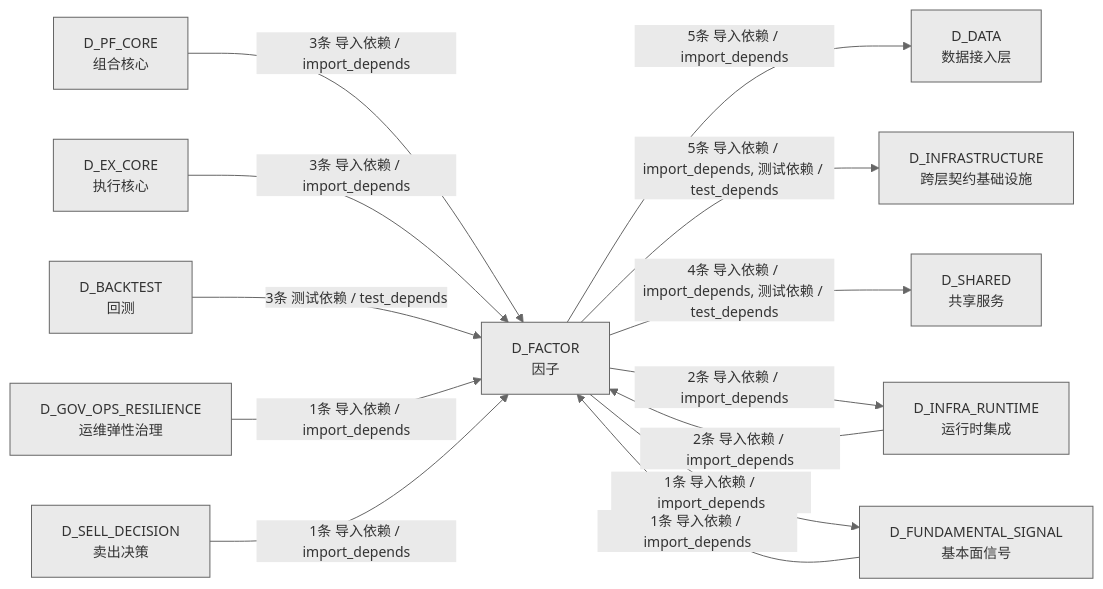
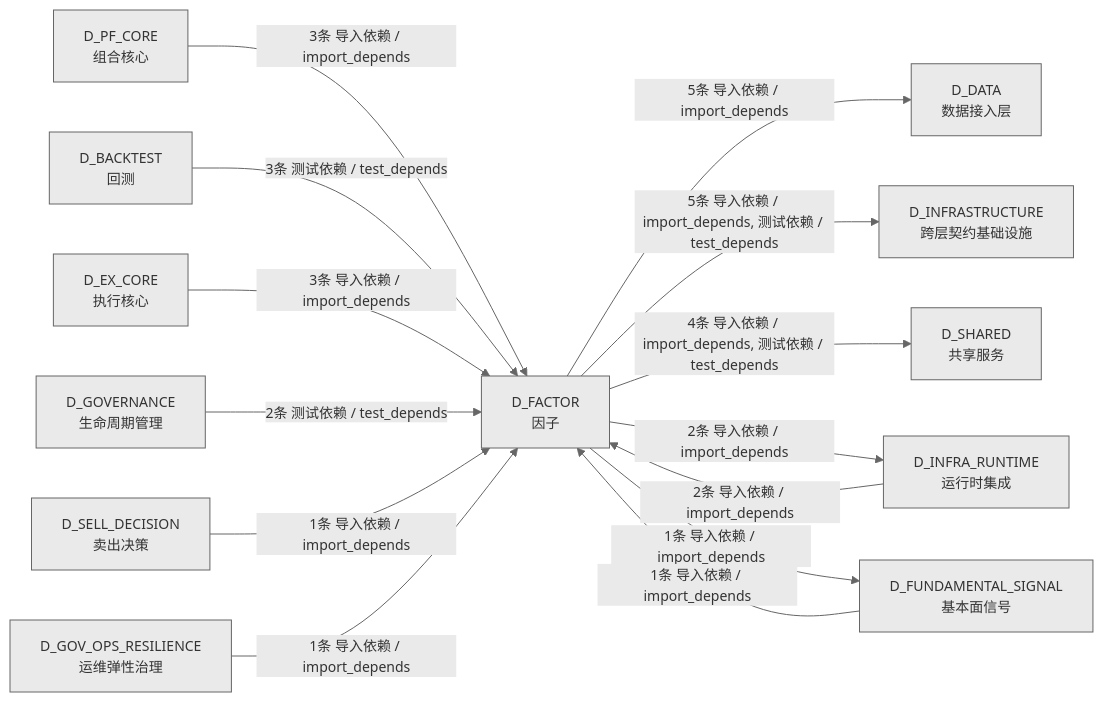
One commit to xuanFelixVan/ZephyrAlpha changed the fourth of 4 diagrams in docs/02_enterprise_architecture/02_domain_architecture_docs/46_d_factor.md. Above: the diagram before and after it, drawn with Mermaid. The commit also changed other lines of this file and 45 other files, not shown here.

````diff
--- a/docs/02_enterprise_architecture/02_domain_architecture_docs/46_d_factor.md
+++ b/docs/02_enterprise_architecture/02_domain_architecture_docs/46_d_factor.md
@@ -559,27 +575,29 @@
 ```mermaid
 %%{init: {'theme': 'base', 'themeVariables': {'primaryColor': '#eaeaea', 'primaryTextColor': '#333333', 'primaryBorderColor': '#666666', 'lineColor': '#666666', 'secondaryColor': '#eaeaea', 'tertiaryColor': '#eaeaea', 'fontSize': '14px'}}}%%
 graph LR
     D_FACTOR["D_FACTOR<br/>因子"]
     D_DATA["D_DATA<br/>数据接入层"]
     D_INFRASTRUCTURE["D_INFRASTRUCTURE<br/>跨层契约基础设施"]
     D_SHARED["D_SHARED<br/>共享服务"]
     D_INFRA_RUNTIME["D_INFRA_RUNTIME<br/>运行时集成"]
     D_FUNDAMENTAL_SIGNAL["D_FUNDAMENTAL_SIGNAL<br/>基本面信号"]
     D_PF_CORE["D_PF_CORE<br/>组合核心"]
+    D_BACKTEST["D_BACKTEST<br/>回测"]
     D_EX_CORE["D_EX_CORE<br/>执行核心"]
-    D_BACKTEST["D_BACKTEST<br/>回测"]
+    D_GOVERNANCE["D_GOVERNANCE<br/>生命周期管理"]
+    D_SELL_DECISION["D_SELL_DECISION<br/>卖出决策"]
     D_GOV_OPS_RESILIENCE["D_GOV_OPS_RESILIENCE<br/>运维弹性治理"]
-    D_SELL_DECISION["D_SELL_DECISION<br/>卖出决策"]
     D_FACTOR -->|5条 导入依赖 / import_depends| D_DATA
     D_FACTOR -->|5条 导入依赖 / import_depends, 测试依赖 / test_depends| D_INFRASTRUCTURE
     D_FACTOR -->|4条 导入依赖 / import_depends, 测试依赖 / test_depends| D_SHARED
     D_FACTOR -->|2条 导入依赖 / import_depends| D_INFRA_RUNTIME
     D_FACTOR -->|1条 导入依赖 / import_depends| D_FUNDAMENTAL_SIGNAL
     D_PF_CORE -->|3条 导入依赖 / import_depends| D_FACTOR
+    D_BACKTEST -->|3条 测试依赖 / test_depends| D_FACTOR
     D_EX_CORE -->|3条 导入依赖 / import_depends| D_FACTOR
-    D_BACKTEST -->|3条 测试依赖 / test_depends| D_FACTOR
     D_INFRA_RUNTIME -->|2条 导入依赖 / import_depends| D_FACTOR
+    D_GOVERNANCE -->|2条 测试依赖 / test_depends| D_FACTOR
+    D_SELL_DECISION -->|1条 导入依赖 / import_depends| D_FACTOR
+    D_FUNDAMENTAL_SIGNAL -->|1条 导入依赖 / import_depends| D_FACTOR
     D_GOV_OPS_RESILIENCE -->|1条 导入依赖 / import_depends| D_FACTOR
-    D_FUNDAMENTAL_SIGNAL -->|1条 导入依赖 / import_depends| D_FACTOR
-    D_SELL_DECISION -->|1条 导入依赖 / import_depends| D_FACTOR
 ```
````
